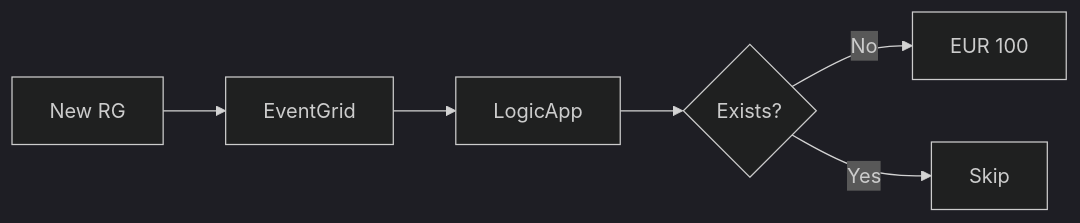
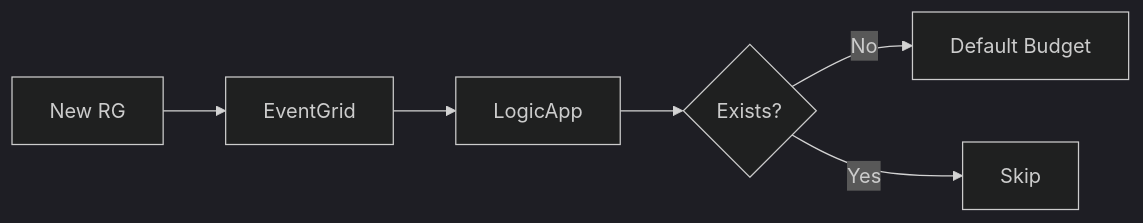
Before and after one commit to gitpavleenbali/azure-amortized-cost-management: the sixth of 13 diagrams in docs/technical-guide.md, drawn with Mermaid. The commit also changed other lines of this file, not shown here.

````diff
--- a/docs/technical-guide.md
+++ b/docs/technical-guide.md
@@ -369,7 +193,7 @@
 ```mermaid
 %%{init: {"theme": "dark"}}%%
 flowchart LR
     A["New RG"] --> B["EventGrid"] --> C["LogicApp"] --> D{"Exists?"}
-    D -- No --> E["EUR 100"]
+    D -- No --> E["Default Budget"]
     D -- Yes --> F["Skip"]
 ```
````
